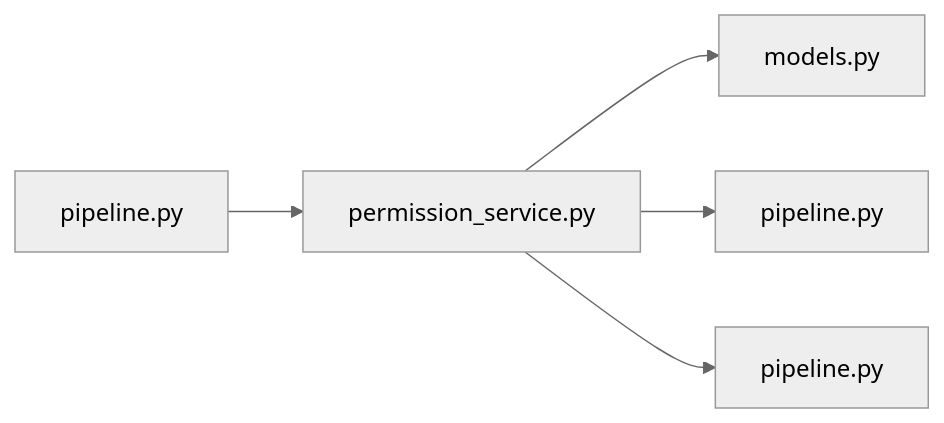
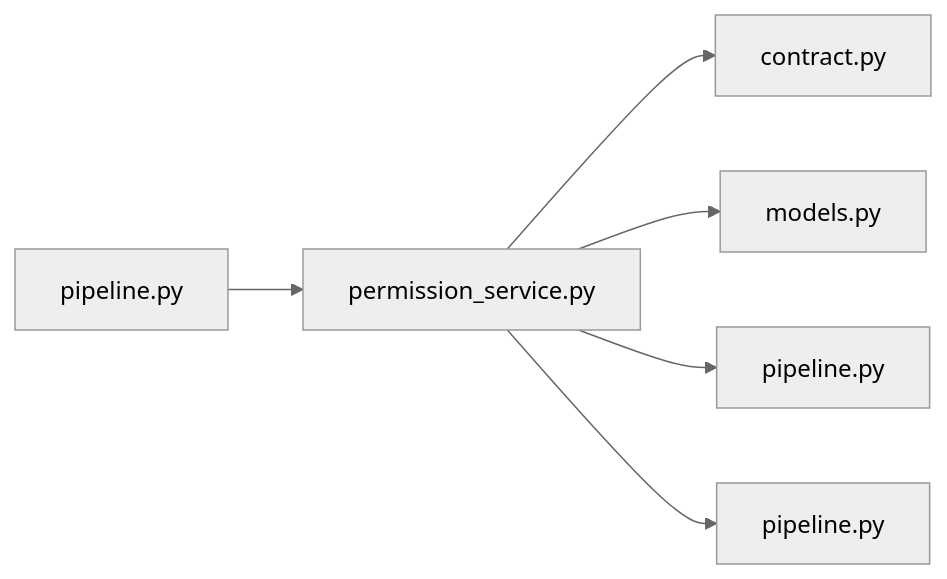
Before and after one commit to minkong-dev/Banblit: the diagram in .cluedoc/graph/backend/src/backend/services/permission/permission_service.md, drawn with Mermaid (neutral theme). The commit also changed other lines of this file and 48 other files, not shown here.

First line of the commit message:
backend: split file storage into its own module and keep shared literals in contract

````diff
--- a/.cluedoc/graph/backend/src/backend/services/permission/permission_service.md
+++ b/.cluedoc/graph/backend/src/backend/services/permission/permission_service.md
@@ -10,8 +10,9 @@
 ```mermaid
 flowchart LR
   backend_src_backend_services_permission_permission_service["permission_service.py"]
+  backend_src_backend_services_permission_permission_service --> backend_src_backend_contract["contract.py"]
   backend_src_backend_services_permission_permission_service --> backend_src_backend_db_models["models.py"]
   backend_src_backend_services_permission_permission_service --> backend_src_backend_db_pipeline["pipeline.py"]
   backend_src_backend_services_permission_permission_service --> backend_src_backend_services_validation_pipeline["pipeline.py"]
   backend_src_backend_services_permission_pipeline["pipeline.py"] --> backend_src_backend_services_permission_permission_service
 ```
````
